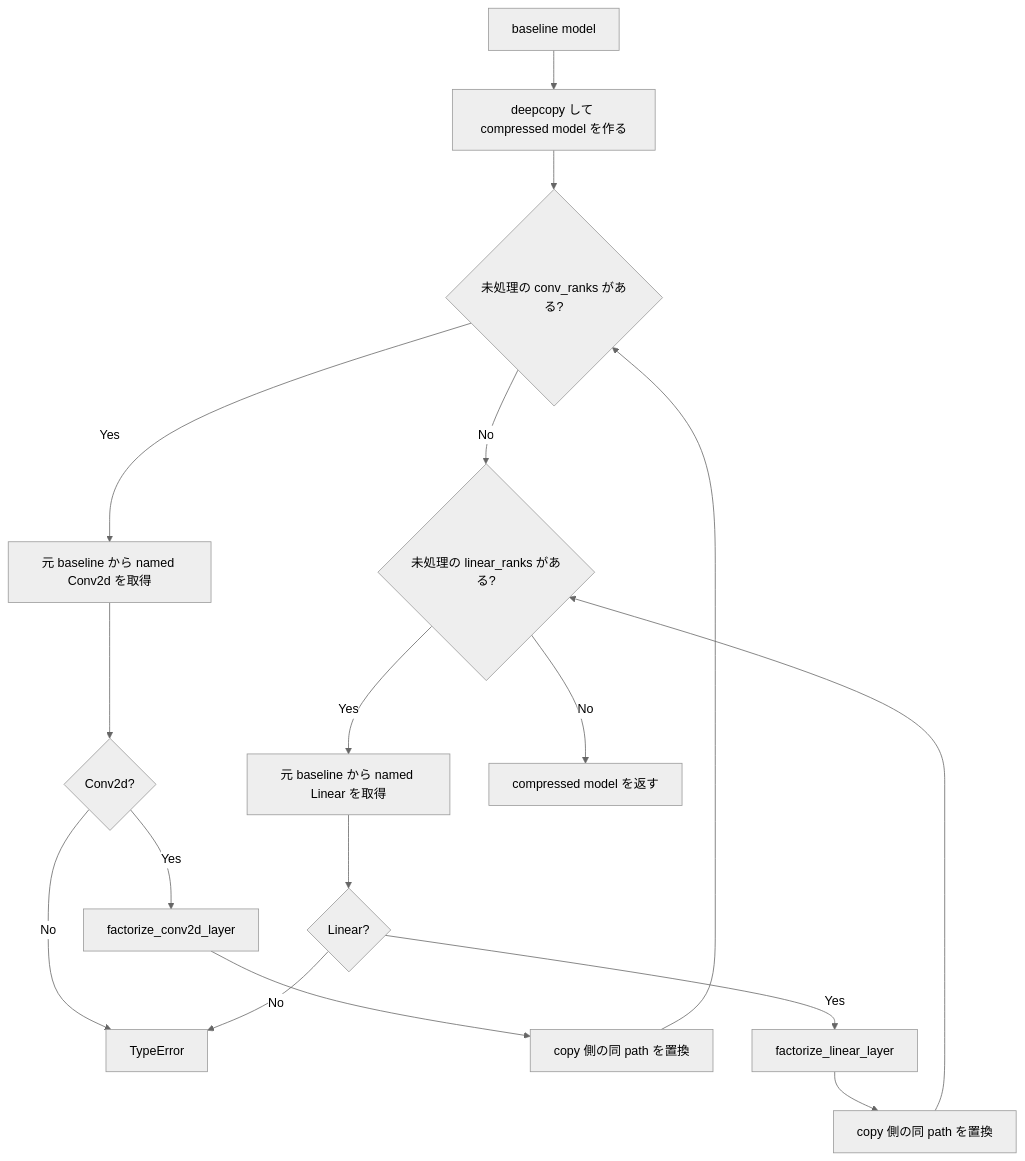
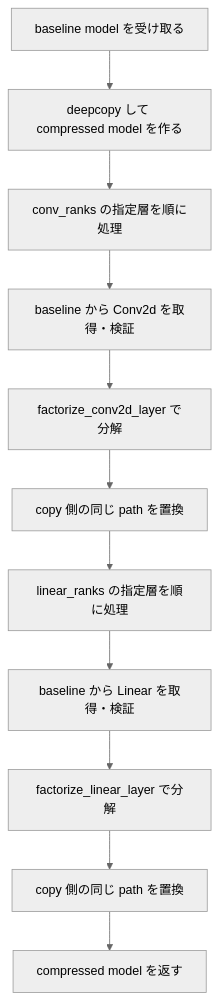
One commit to astrare2480/nn-compression-svd-dmrg changed the first of 3 diagrams in docs/07_src設計/05_Core_API_v1/compression/factorize_named_layers.md. Above: the diagram before and after it, drawn with Mermaid (neutral theme). The commit also changed other lines of this file, not shown here.

Commit message:
docs: simplify factorize_named_layers flowchart

````diff
--- a/docs/07_src設計/05_Core_API_v1/compression/factorize_named_layers.md
+++ b/docs/07_src設計/05_Core_API_v1/compression/factorize_named_layers.md
@@ -53,19 +53,13 @@
 ```mermaid
 flowchart TD
-    A["baseline model"] --> B["deepcopy して compressed model を作る"]
-    B --> C{"未処理の conv_ranks がある?"}
-    C -- Yes --> D["元 baseline から named Conv2d を取得"]
-    D --> E{"Conv2d?"}
-    E -- No --> X["TypeError"]
-    E -- Yes --> F["factorize_conv2d_layer"]
-    F --> G["copy 側の同 path を置換"]
-    G --> C
-    C -- No --> H{"未処理の linear_ranks がある?"}
-    H -- Yes --> I["元 baseline から named Linear を取得"]
-    I --> J{"Linear?"}
-    J -- No --> X
-    J -- Yes --> K["factorize_linear_layer"]
-    K --> L["copy 側の同 path を置換"]
-    L --> H
-    H -- No --> M["compressed model を返す"]
+    A["baseline model を受け取る"] --> B["deepcopy して compressed model を作る"]
+    B --> C["conv_ranks の指定層を順に処理"]
+    C --> D["baseline から Conv2d を取得・検証"]
+    D --> E["factorize_conv2d_layer で分解"]
+    E --> F["copy 側の同じ path を置換"]
+    F --> G["linear_ranks の指定層を順に処理"]
+    G --> H["baseline から Linear を取得・検証"]
+    H --> I["factorize_linear_layer で分解"]
+    I --> J["copy 側の同じ path を置換"]
+    J --> K["compressed model を返す"]
 ```
````
